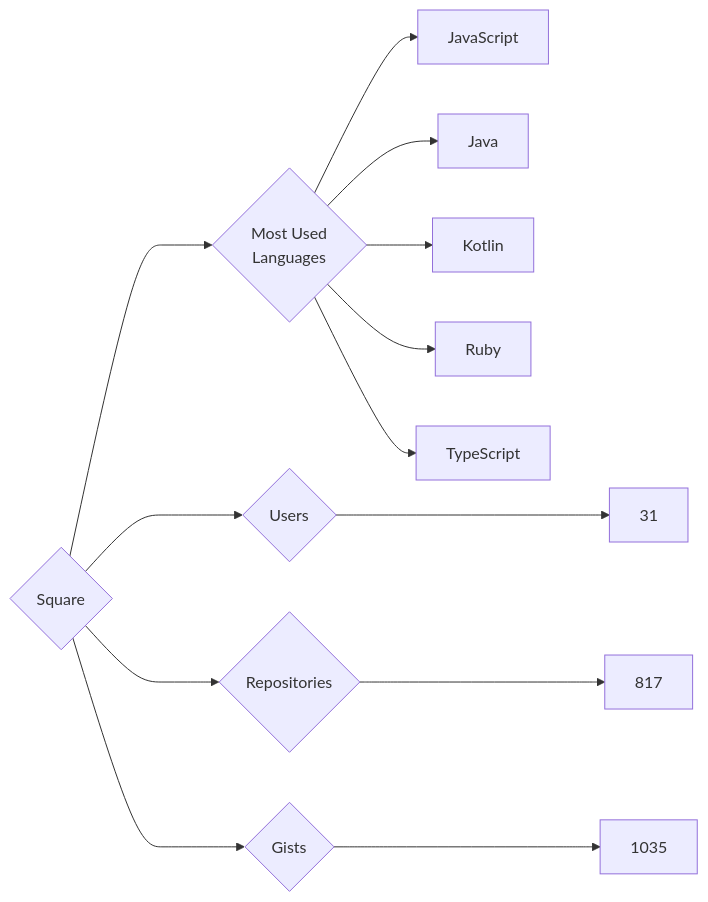
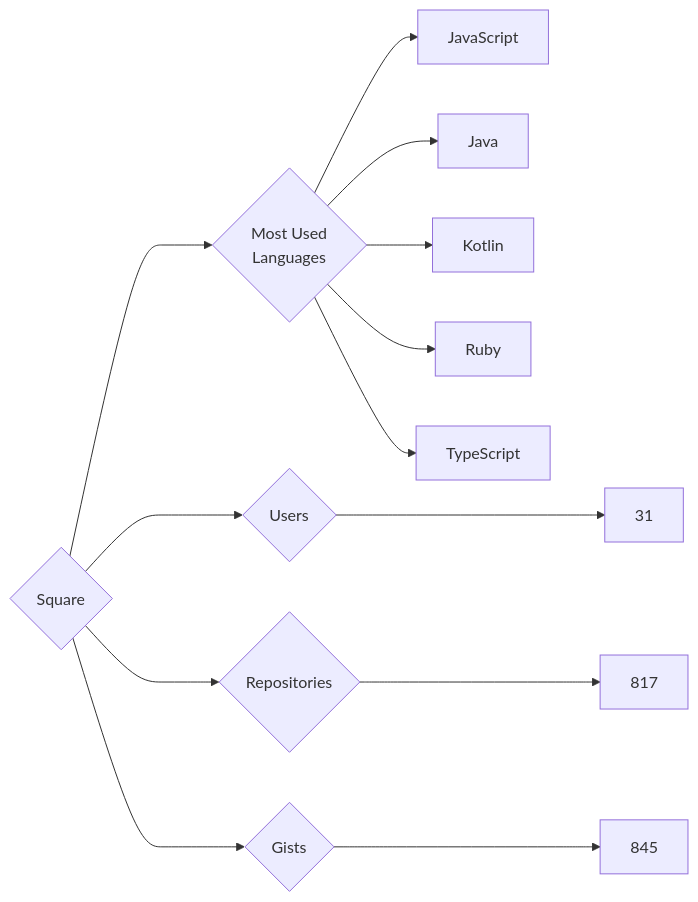
Before and after one commit to trickest/insiders: the diagram in targets/Square/README.md, drawn with Mermaid. The commit also changed 765 other files, not shown here.

````diff
--- a/targets/Square/README.md
+++ b/targets/Square/README.md
@@ -3,13 +3,13 @@
 ```mermaid
 graph LR
 COMPANY_NAME{Square}
 COMPANY_NAME ---> U{Users} ---> UN[31]
 COMPANY_NAME ---> R{Repositories} ---> RN[817]
-COMPANY_NAME ---> G{Gists} ---> GN[1035]
+COMPANY_NAME ---> G{Gists} ---> GN[845]
 COMPANY_NAME ---> ML{Most Used<br>Languages}
 ML --> JavaScript[JavaScript]
 ML --> Java[Java]
 ML --> Kotlin[Kotlin]
 ML --> Ruby[Ruby]
 ML --> TypeScript[TypeScript]
 ```
````
